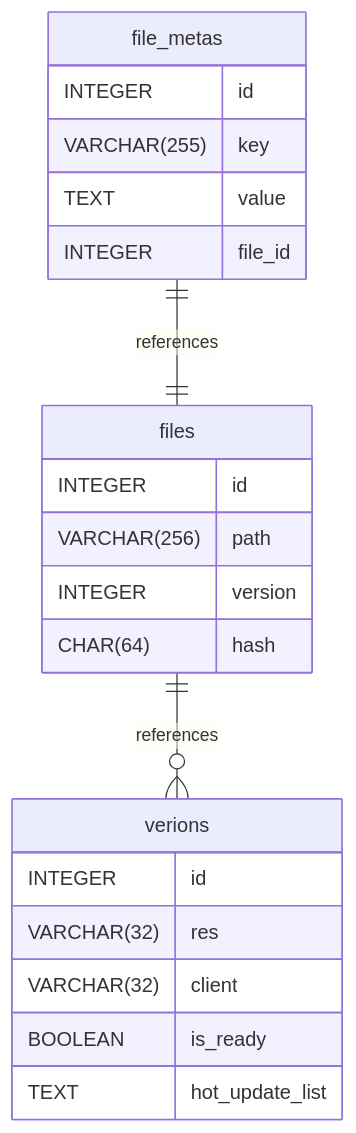
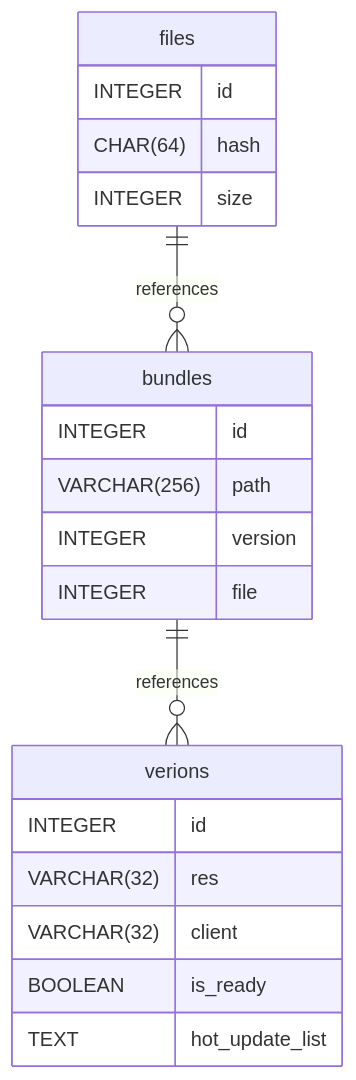
The diagram in docs/sql/v1.md (MooncellWiki/ak-asset-storage), drawn with Mermaid before and after one commit. The commit also changed other lines of this file and 22 other files, not shown here.

````diff
--- a/docs/sql/v1.md
+++ b/docs/sql/v1.md
@@ -66,27 +65,26 @@
 ```mermaid
 erDiagram
-	files ||--o{ verions : references
-	file_metas ||--|| files : references
+	bundles ||--o{ verions : references
+	files ||--o{ bundles : references
 
-	files {
+	bundles {
 		INTEGER id
 		VARCHAR(256) path
 		INTEGER version
-		CHAR(64) hash
+		INTEGER file
 	}
 
 	verions {
 		INTEGER id
 		VARCHAR(32) res
 		VARCHAR(32) client
 		BOOLEAN is_ready
 		TEXT hot_update_list
 	}
 
-	file_metas {
+	files {
 		INTEGER id
-		VARCHAR(255) key
-		TEXT value
-		INTEGER file_id
+		CHAR(64) hash
+		INTEGER size
 	}
 ```
````
